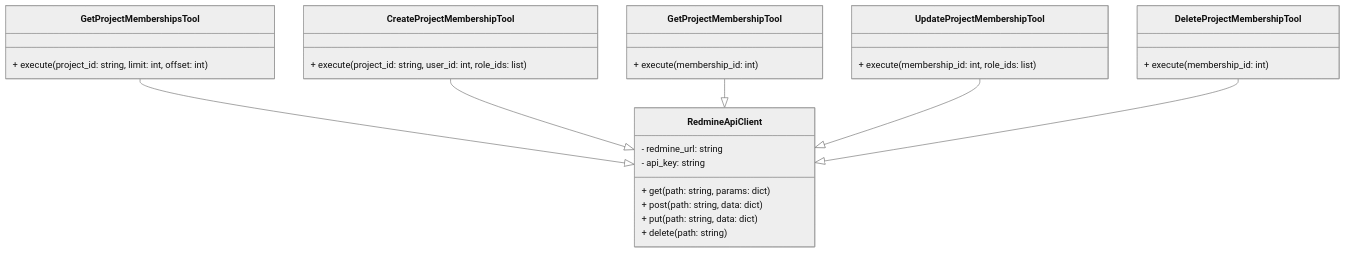
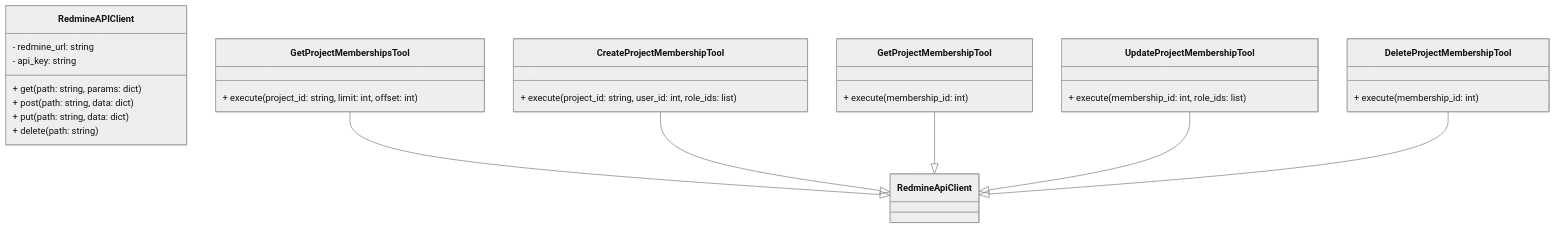
Before and after one commit to Nunocky/redmine_mcp_server: the diagram in docs/ProjectMemberships_design.md, drawn with Mermaid (neutral theme). The commit also changed other lines of this file, not shown here.

````diff
--- a/docs/ProjectMemberships_design.md
+++ b/docs/ProjectMemberships_design.md
@@ -88,36 +88,36 @@
 ```mermaid
 classDiagram
-    class RedmineApiClient {
+    class RedmineAPIClient {
         - redmine_url: string
         - api_key: string
         + get(path: string, params: dict)
         + post(path: string, data: dict)
         + put(path: string, data: dict)
         + delete(path: string)
     }
 
     class GetProjectMembershipsTool {
         + execute(project_id: string, limit: int, offset: int)
     }
     GetProjectMembershipsTool --|> RedmineApiClient
 
     class CreateProjectMembershipTool {
         + execute(project_id: string, user_id: int, role_ids: list)
     }
     CreateProjectMembershipTool --|> RedmineApiClient
 
     class GetProjectMembershipTool {
         + execute(membership_id: int)
     }
     GetProjectMembershipTool --|> RedmineApiClient
 
     class UpdateProjectMembershipTool {
         + execute(membership_id: int, role_ids: list)
     }
     UpdateProjectMembershipTool --|> RedmineApiClient
 
     class DeleteProjectMembershipTool {
         + execute(membership_id: int)
     }
     DeleteProjectMembershipTool --|> RedmineApiClient
 ```
````
